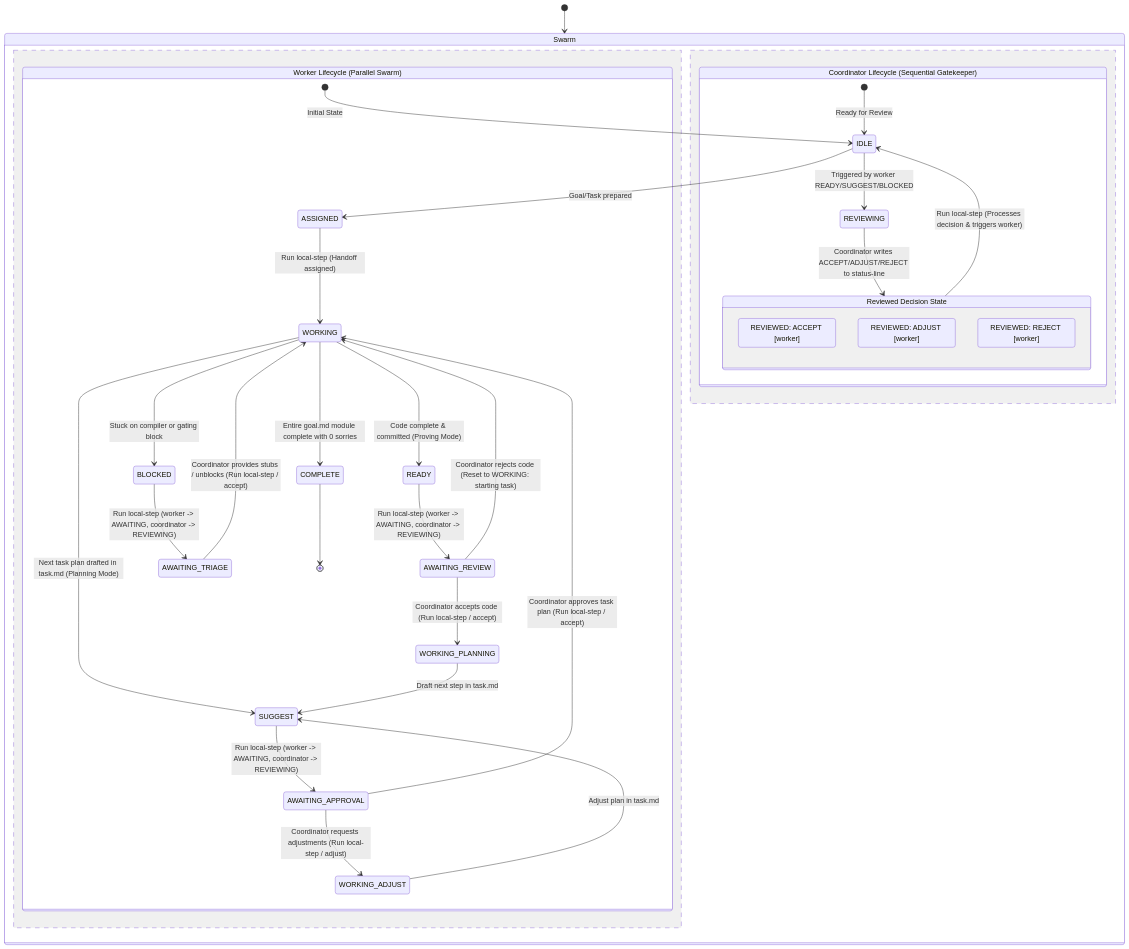
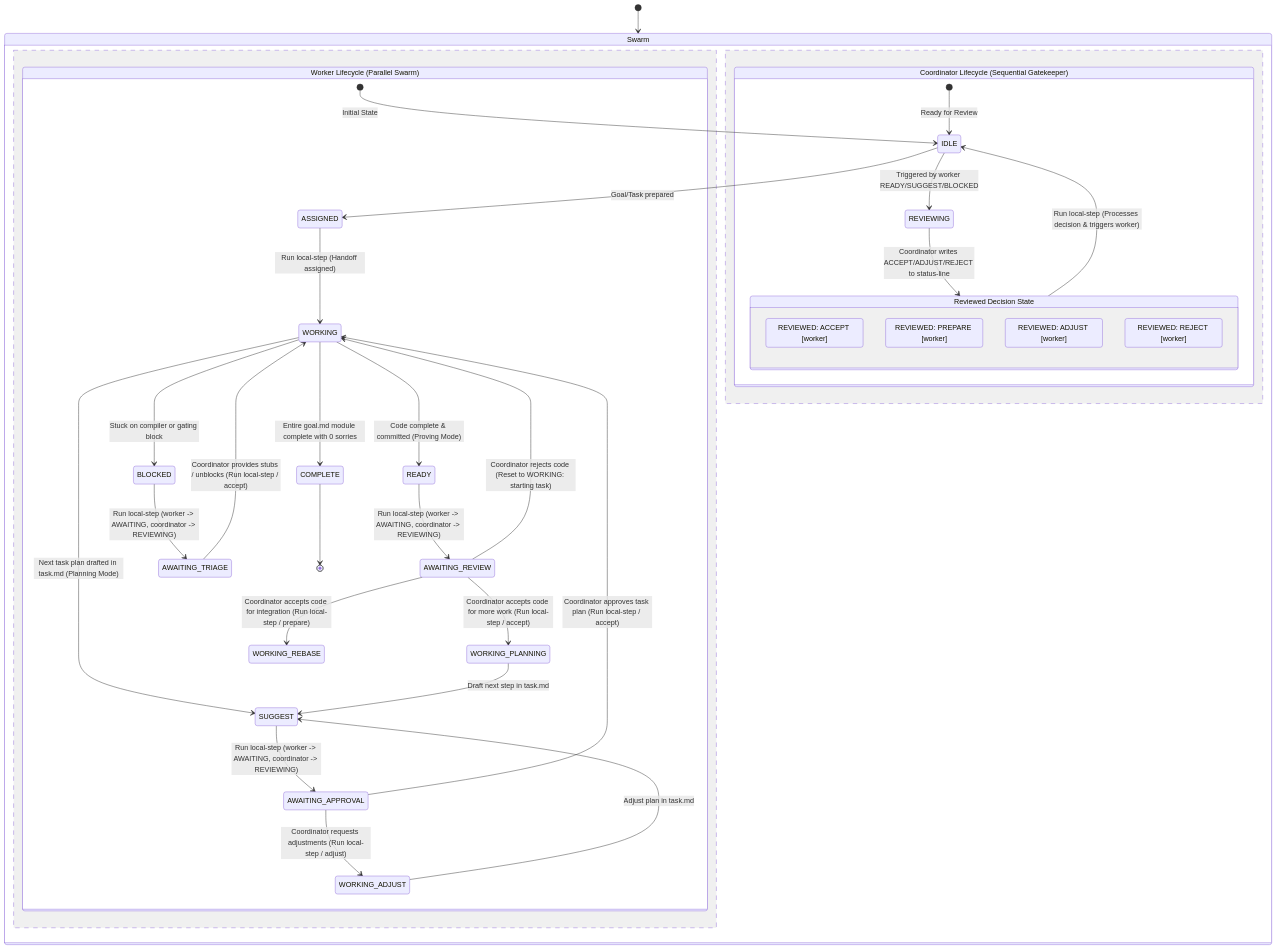
One commit to tangentstorm/scialect changed the diagram in docs/state-machine.md. Above: the diagram before and after it, drawn with Mermaid. The commit also changed other lines of this file and 3 other files, not shown here.

Commit message:
feat(local-step): add prepare review decision

````diff
--- a/docs/state-machine.md
+++ b/docs/state-machine.md
@@ -11,46 +11,48 @@
 ```mermaid
 stateDiagram-v2
     [*] --> Swarm
     state Swarm {
         state "Worker Lifecycle (Parallel Swarm)" as WorkerLifecycle {
             [*] --> IDLE : Initial State
             IDLE --> ASSIGNED : Goal/Task prepared
             ASSIGNED --> WORKING : Run local-step (Handoff assigned)
             
             WORKING --> READY : Code complete & committed (Proving Mode)
             WORKING --> SUGGEST : Next task plan drafted in task.md (Planning Mode)
             WORKING --> BLOCKED : Stuck on compiler or gating block
             
             READY --> AWAITING_REVIEW : Run local-step (worker -> AWAITING, coordinator -> REVIEWING)
             SUGGEST --> AWAITING_APPROVAL : Run local-step (worker -> AWAITING, coordinator -> REVIEWING)
             BLOCKED --> AWAITING_TRIAGE : Run local-step (worker -> AWAITING, coordinator -> REVIEWING)
             
-            AWAITING_REVIEW --> WORKING_PLANNING : Coordinator accepts code (Run local-step / accept)
+            AWAITING_REVIEW --> WORKING_PLANNING : Coordinator accepts code for more work (Run local-step / accept)
+            AWAITING_REVIEW --> WORKING_REBASE : Coordinator accepts code for integration (Run local-step / prepare)
             AWAITING_APPROVAL --> WORKING : Coordinator approves task plan (Run local-step / accept)
             AWAITING_TRIAGE --> WORKING : Coordinator provides stubs / unblocks (Run local-step / accept)
             
             AWAITING_REVIEW --> WORKING : Coordinator rejects code (Reset to WORKING: starting task)
             AWAITING_APPROVAL --> WORKING_ADJUST : Coordinator requests adjustments (Run local-step / adjust)
             
             WORKING_PLANNING --> SUGGEST : Draft next step in task.md
             WORKING_ADJUST --> SUGGEST : Adjust plan in task.md
             
             WORKING --> COMPLETE : Entire goal.md module complete with 0 sorries
             COMPLETE --> [*]
         }
         --
         state "Coordinator Lifecycle (Sequential Gatekeeper)" as CoordinatorLifecycle {
             [*] --> IDLE : Ready for Review
             IDLE --> REVIEWING : Triggered by worker READY/SUGGEST/BLOCKED
             REVIEWING --> REVIEWED_DECISION : Coordinator writes ACCEPT/ADJUST/REJECT to status-line
             
             state "Reviewed Decision State" as REVIEWED_DECISION {
                 REVIEWED_ACCEPT : REVIEWED: ACCEPT [worker]
+                REVIEWED_PREPARE : REVIEWED: PREPARE [worker]
                 REVIEWED_ADJUST : REVIEWED: ADJUST [worker]
                 REVIEWED_REJECT : REVIEWED: REJECT [worker]
             }
             
             REVIEWED_DECISION --> IDLE : Run local-step (Processes decision & triggers worker)
         }
     }
 ```
````
